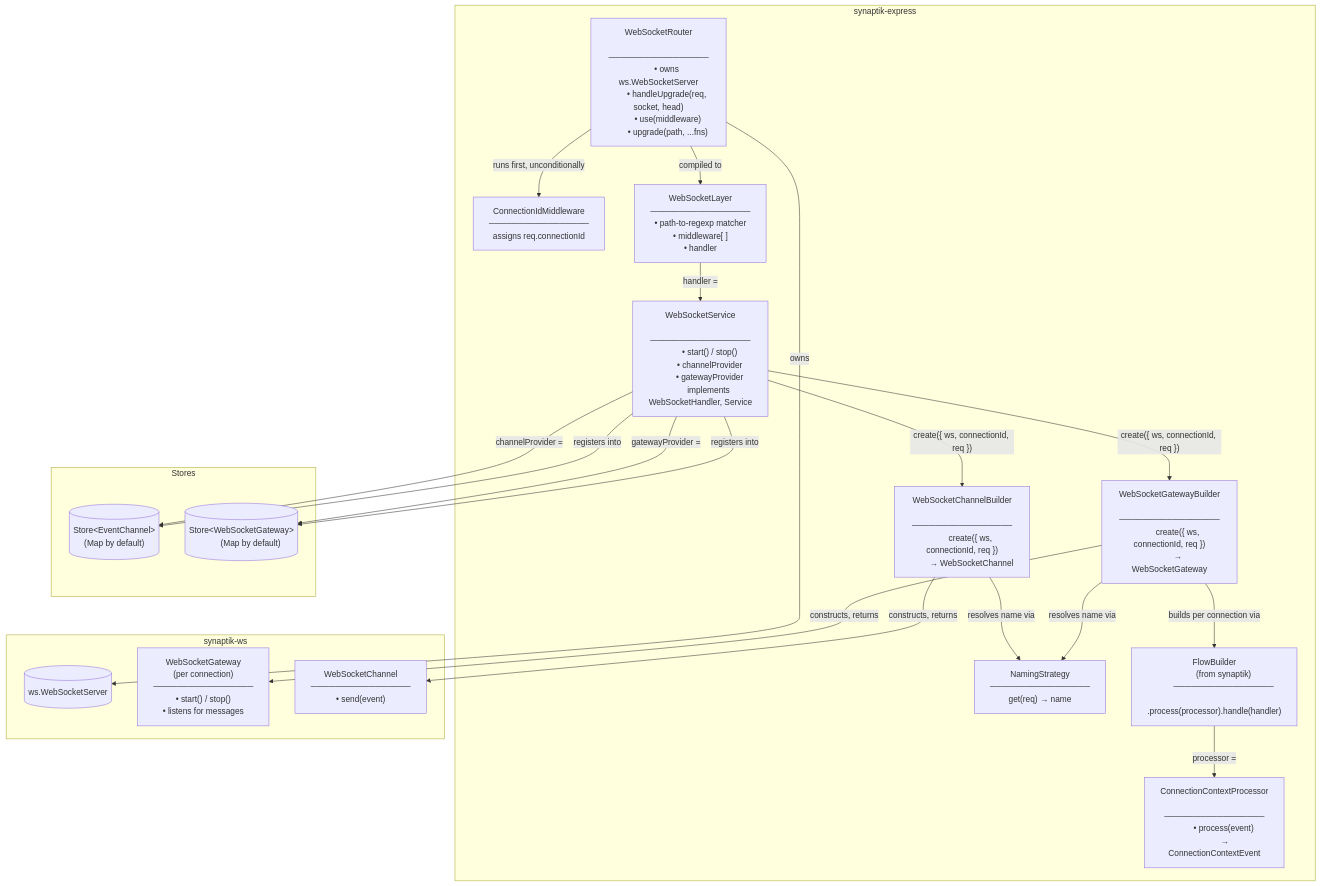
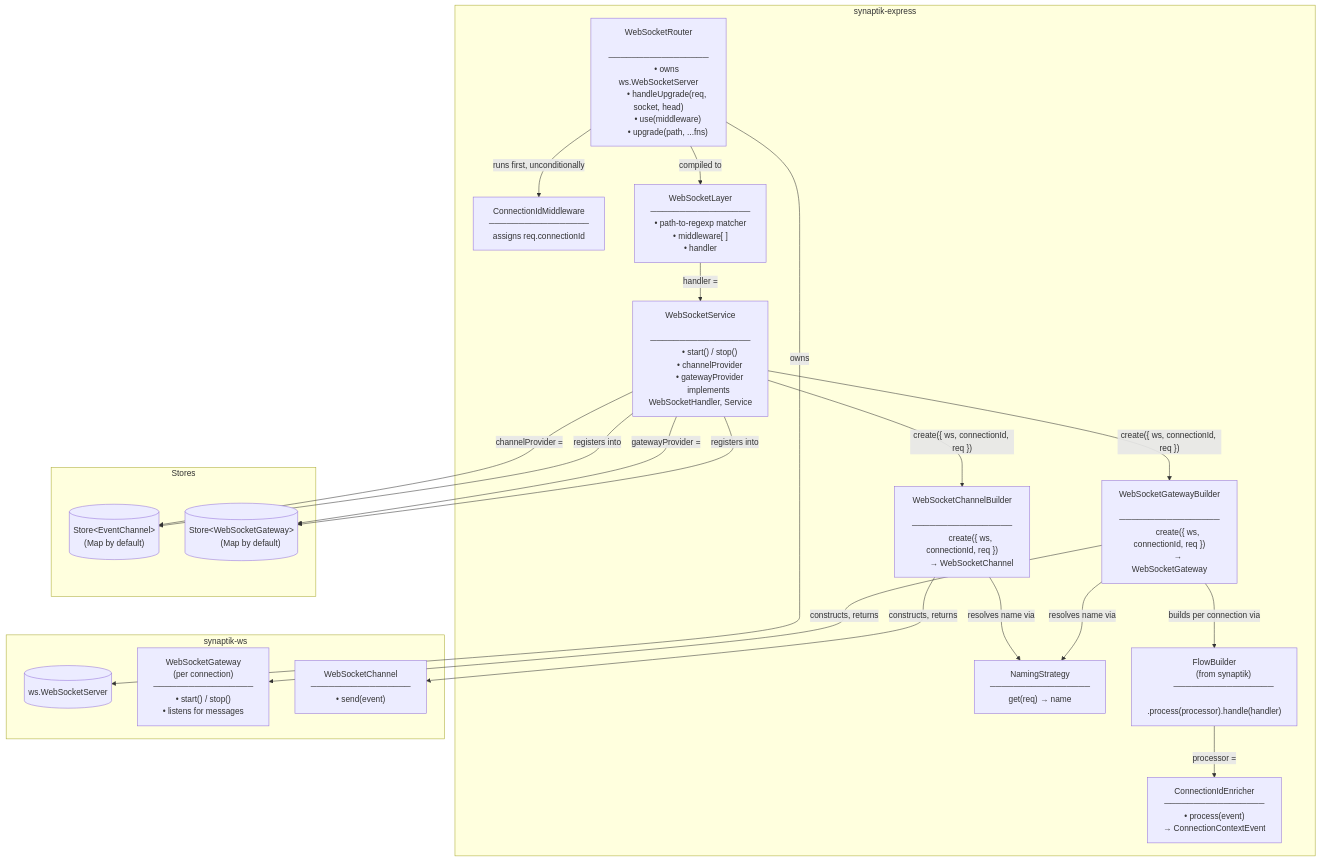
The first of 4 diagrams in docs/web-socket.md (sektek/synaptik-express), drawn with Mermaid before and after one commit. The commit also changed other lines of this file and 7 other files, not shown here.

First line of the commit message:
rename: ConnectionContextProcessor -> ConnectionIdEnricher

```diff
--- a/docs/web-socket.md
+++ b/docs/web-socket.md
@@ -49,7 +49,7 @@
         ─────────────────
         get(req) → name"]
 
-        PROC["ConnectionContextProcessor
+        ENRICH["ConnectionIdEnricher
         ─────────────────
         • process(event)
           → ConnectionContextEvent"]
@@ -90,7 +90,7 @@
     SVC -->|"create({ ws, connectionId, req })"| GWB
     SVC -->|"create({ ws, connectionId, req })"| CHB
     GWB -->|"builds per connection via"| FLOW
-    FLOW -->|"processor ="| PROC
+    FLOW -->|"processor ="| ENRICH
     GWB -->|"resolves name via"| NS
     CHB -->|"resolves name via"| NS
     GWB -->|"constructs, returns"| GW
```
